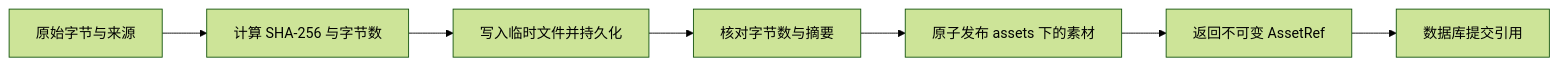
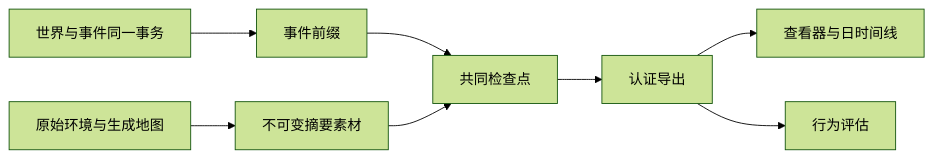
One commit to HoldThatThgt/WorldMock changed the diagram in docs/design/05-recording-engine.md. Above: the diagram before and after it, drawn with Mermaid (forest theme). The commit also changed other lines of this file and 577 other files, not shown here.

````diff
--- a/docs/design/05-recording-engine.md
+++ b/docs/design/05-recording-engine.md
@@ -249,9 +8,10 @@
 ```mermaid
 flowchart LR
-    INPUT[原始字节与来源] --> HASH[计算 SHA-256 与字节数]
-    HASH --> TEMP[写入临时文件并持久化]
-    TEMP --> VERIFY[核对字节数与摘要]
-    VERIFY --> PUBLISH[原子发布 assets 下的素材]
-    PUBLISH --> REF[返回不可变 AssetRef]
-    REF --> COMMIT[数据库提交引用]
+    Commit[世界与事件同一事务] --> Events[事件前缀]
+    Inputs[原始环境与生成地图] --> Assets[不可变摘要素材]
+    Events --> Checkpoint[共同检查点]
+    Assets --> Checkpoint
+    Checkpoint --> Export[认证导出]
+    Export --> View[查看器与日时间线]
+    Export --> Evaluation[行为评估]
 ```
````
